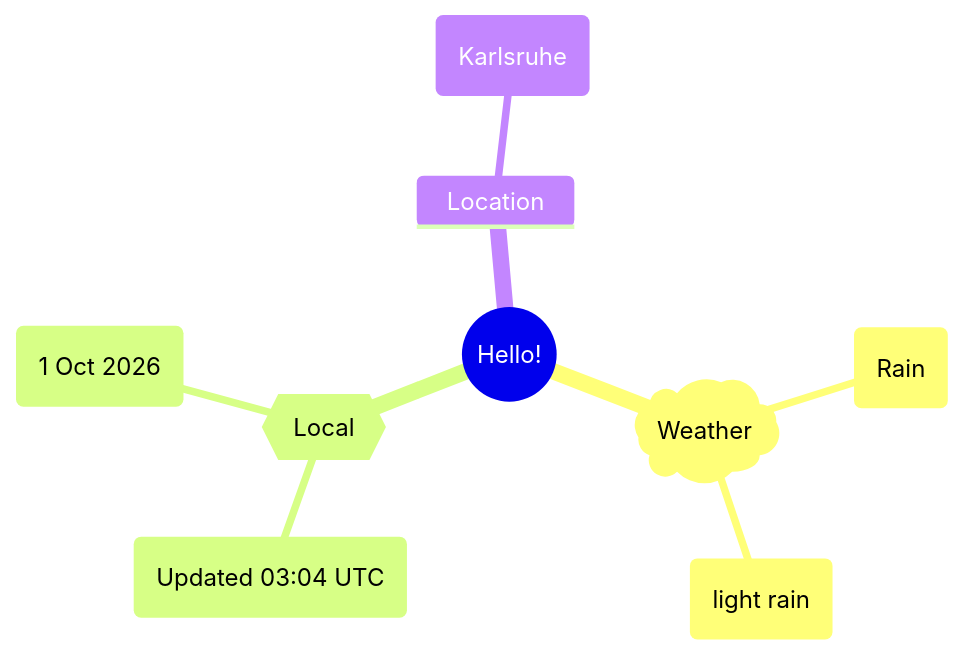
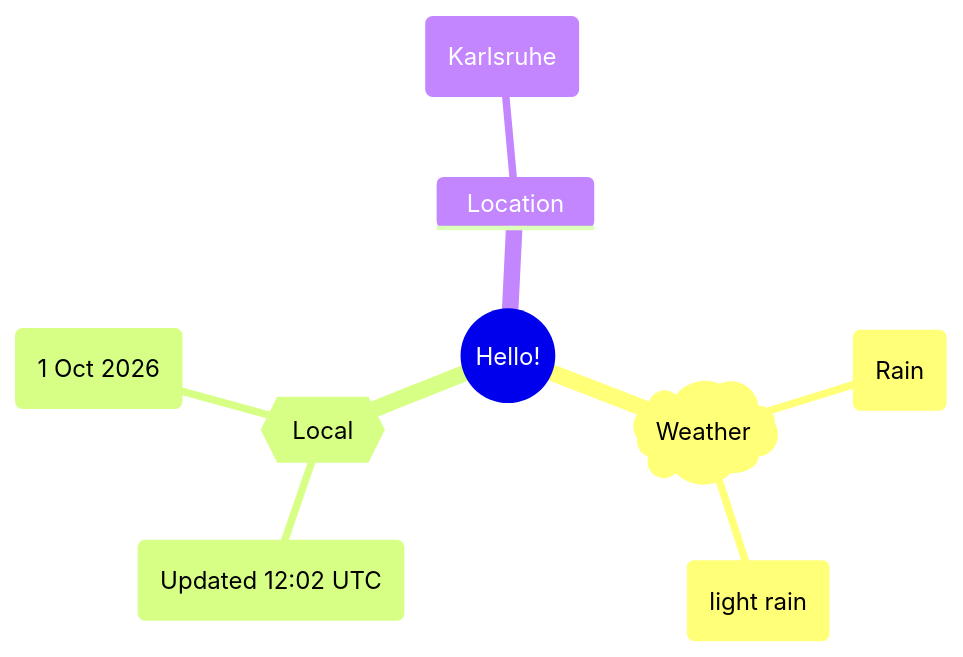
One commit to Xosrov/Xosrov changed the first of 2 diagrams in README.md. Above: the diagram before and after it, drawn with Mermaid.

Commit message:
[bot] updated images

````diff
--- a/README.md
+++ b/README.md
@@ -3,12 +3,12 @@
 ```mermaid
 mindmap
   root((Hello!))
     )Weather(
         (Rain)
         (light rain)
     {{Local}}
-        (Updated 03:04 UTC)
+        (Updated 12:02 UTC)
         (1 Oct 2026)
     Location
         (Karlsruhe)
 ```
````
